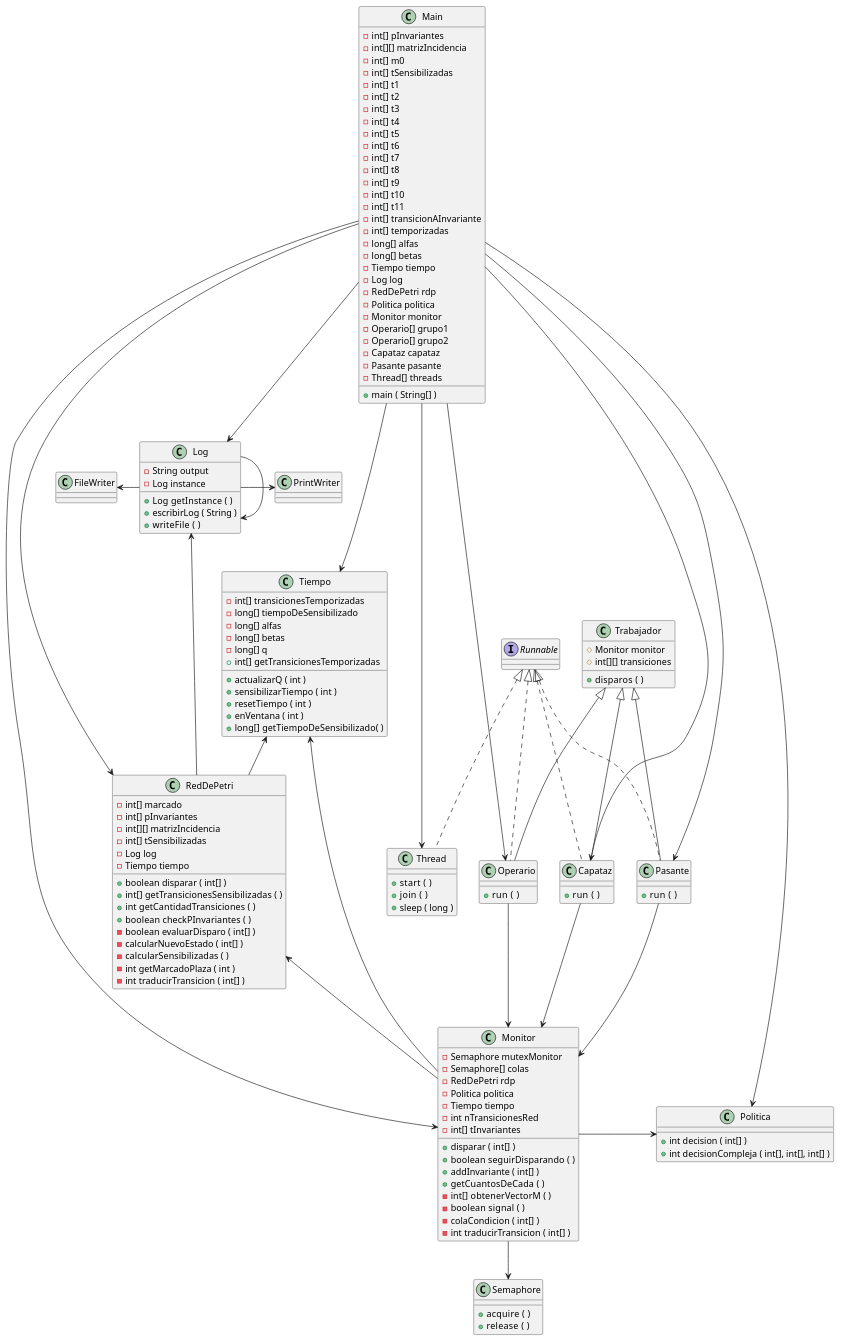
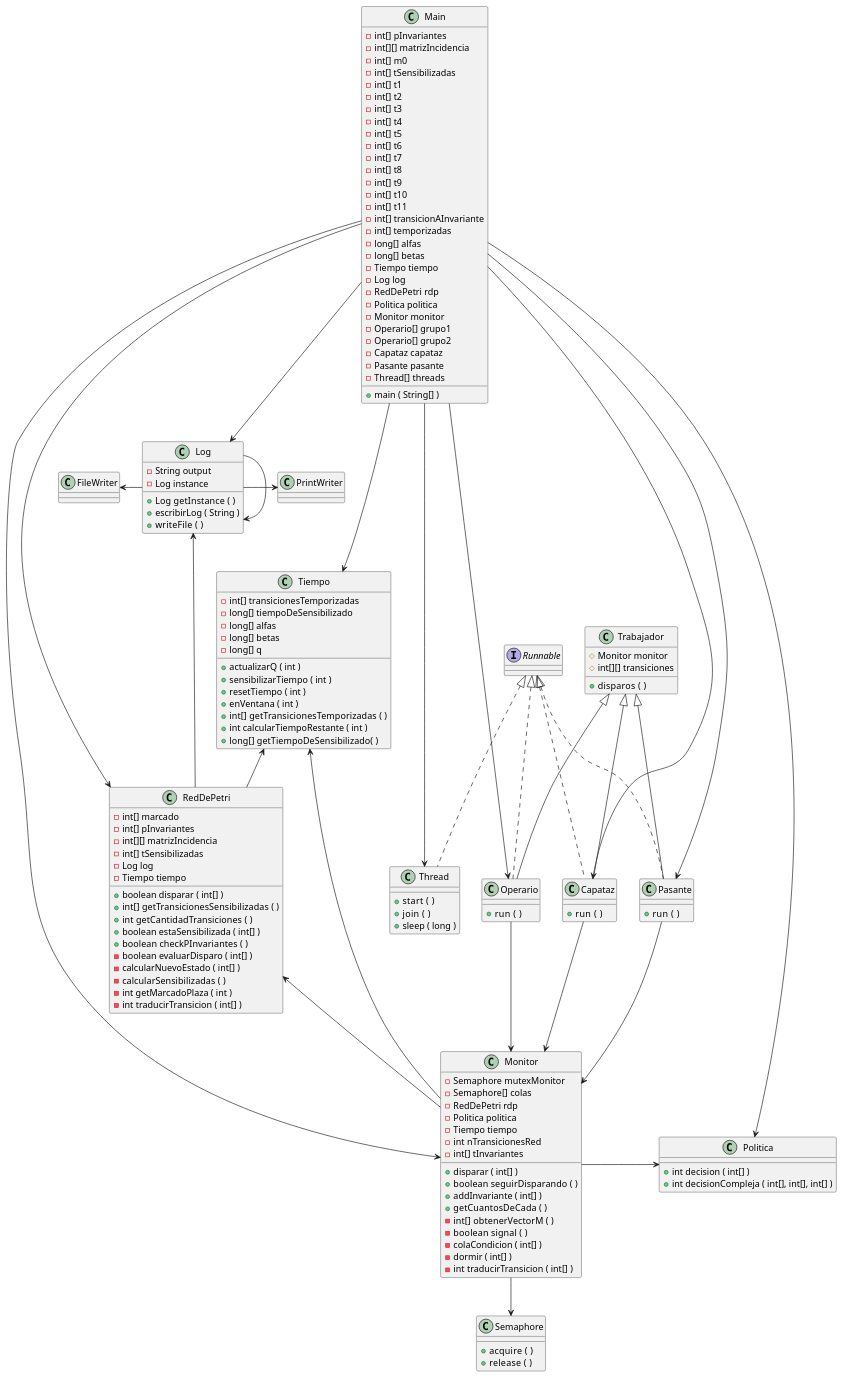
The diagram in doc/diagramas/clases.puml (frandaniele/TP_Concurrente), drawn with PlantUML before and after one commit. The commit also changed 2 other files, not shown here.

Commit message:
doc: update diagrams + comments in code

```diff
--- a/doc/diagramas/clases.puml
+++ b/doc/diagramas/clases.puml
@@ -1,169 +1,172 @@
 @startuml clases
 
 class Trabajador {
     # Monitor monitor
     # int[][] transiciones
     + disparos (  )    
 }
 
 class Capataz {
     + run (  )    
 }
 
 class Pasante {
     + run (  )    
 }
 
 class Operario {
     + run (  )    
 }
 
 class Politica {
     + int decision ( int[] )
     + int decisionCompleja ( int[], int[], int[] )
 }
 
 class Tiempo {
     - int[] transicionesTemporizadas
     - long[] tiempoDeSensibilizado
     - long[] alfas
     - long[] betas
     - long[] q
     + actualizarQ ( int )
     + sensibilizarTiempo ( int )
     + resetTiempo ( int )
     + enVentana ( int )
-    + int[] getTransicionesTemporizadas
+    + int[] getTransicionesTemporizadas (  )
+    + int calcularTiempoRestante ( int )
     + long[] getTiempoDeSensibilizado(  )
 }
 
 class Log {
     - String output
     - Log instance
     + Log getInstance (  )
     + escribirLog ( String )
     + writeFile (  )
 }
 
 class RedDePetri {
     - int[] marcado
     - int[] pInvariantes
     - int[][] matrizIncidencia
     - int[] tSensibilizadas
     - Log log
     - Tiempo tiempo
     + boolean disparar ( int[] )
     + int[] getTransicionesSensibilizadas (  )
     + int getCantidadTransiciones (  )
+    + boolean estaSensibilizada ( int[] )
     + boolean checkPInvariantes (  )
     - boolean evaluarDisparo ( int[] )
     - calcularNuevoEstado ( int[] )
     - calcularSensibilizadas (  )
     - int getMarcadoPlaza ( int )
     - int traducirTransicion ( int[] )
 }
 
 class Monitor {
     - Semaphore mutexMonitor
     - Semaphore[] colas
     - RedDePetri rdp
     - Politica politica
     - Tiempo tiempo
     - int nTransicionesRed
     - int[] tInvariantes
     + disparar ( int[] )
     + boolean seguirDisparando (  )
     + addInvariante ( int[] )
     + getCuantosDeCada (  )
     - int[] obtenerVectorM (  )
     - boolean signal (  )
     - colaCondicion ( int[] )
+    - dormir ( int[] )
     - int traducirTransicion ( int[] )
 }
 
 class Main {
     + main ( String[] )
     - int[] pInvariantes
     - int[][] matrizIncidencia
     - int[] m0
     - int[] tSensibilizadas
     - int[] t1
     - int[] t2
     - int[] t3
     - int[] t4
     - int[] t5
     - int[] t6
     - int[] t7
     - int[] t8
     - int[] t9
     - int[] t10
     - int[] t11
     - int[] transicionAInvariante
     - int[] temporizadas
     - long[] alfas
     - long[] betas
     - Tiempo tiempo
     - Log log
     - RedDePetri rdp
     - Politica politica
     - Monitor monitor
     - Operario[] grupo1
     - Operario[] grupo2
     - Capataz capataz
     - Pasante pasante
     - Thread[] threads
 }
 
 class Semaphore {
     + acquire (  )
     + release (  )
 }
 
 class Thread {
     + start (  )
     + join (  )
     + sleep ( long )
 }
 
 interface Runnable
 
 class FileWriter
 
 class PrintWriter
 
 Monitor --> Semaphore
 RedDePetri <- Monitor
 Monitor -> Politica
 
 Runnable <|-. Capataz
 Runnable <|-. Operario
 Runnable <|-. Pasante
 Runnable <|-. Thread
 
 Trabajador <|-- Capataz
 Trabajador <|-- Operario
 Trabajador <|-- Pasante
 
 Capataz --> Monitor
 Pasante --> Monitor
 Operario --> Monitor
 
 Main --> Tiempo
 Main --> Log
 Main ----> Capataz
 Main ----> Operario
 Main ----> Pasante
 Main ----> Thread
 Main ----> RedDePetri
 Main ----> Politica
 Main -----> Monitor
 
 Tiempo <-- Monitor
 Tiempo <-- RedDePetri
 
 Log --> Log
 FileWriter <- Log
 Log -> PrintWriter
 Log <-- RedDePetri
 
 @enduml
```
